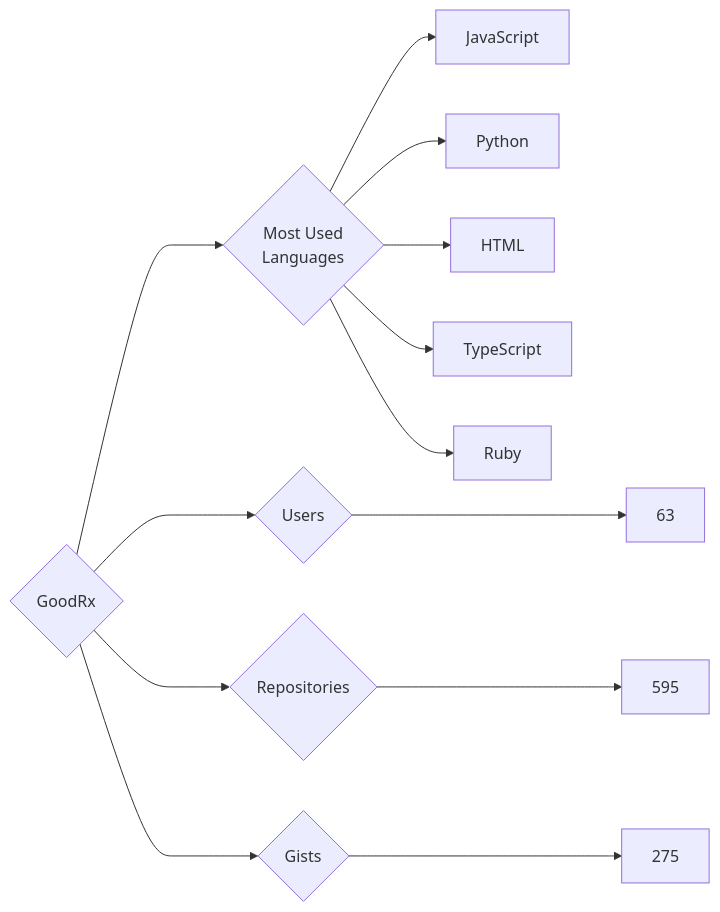
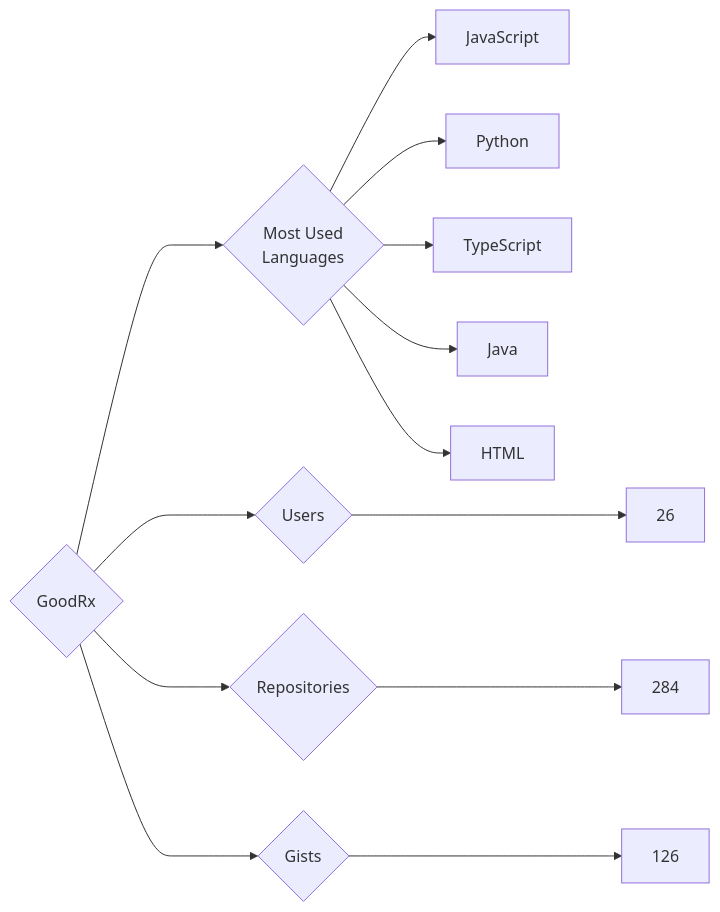
Before and after one commit to trickest/insiders: the diagram in targets/GoodRx/README.md, drawn with Mermaid. The commit also changed 925 other files, not shown here.

````diff
--- a/targets/GoodRx/README.md
+++ b/targets/GoodRx/README.md
@@ -3,13 +3,13 @@
 ```mermaid
 graph LR
 COMPANY_NAME{GoodRx}
-COMPANY_NAME ---> U{Users} ---> UN[63]
-COMPANY_NAME ---> R{Repositories} ---> RN[595]
-COMPANY_NAME ---> G{Gists} ---> GN[275]
+COMPANY_NAME ---> U{Users} ---> UN[26]
+COMPANY_NAME ---> R{Repositories} ---> RN[284]
+COMPANY_NAME ---> G{Gists} ---> GN[126]
 COMPANY_NAME ---> ML{Most Used<br>Languages}
 ML --> JavaScript[JavaScript]
 ML --> Python[Python]
+ML --> TypeScript[TypeScript]
+ML --> Java[Java]
 ML --> HTML[HTML]
-ML --> TypeScript[TypeScript]
-ML --> Ruby[Ruby]
 ```
````
